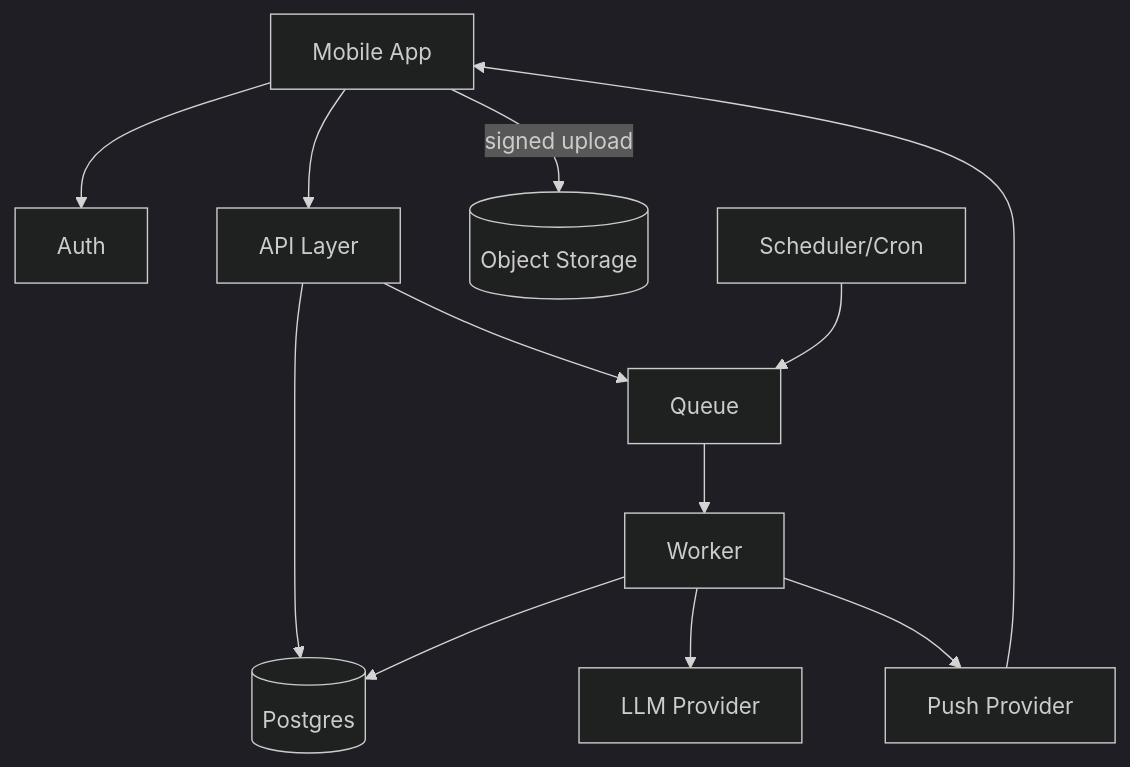
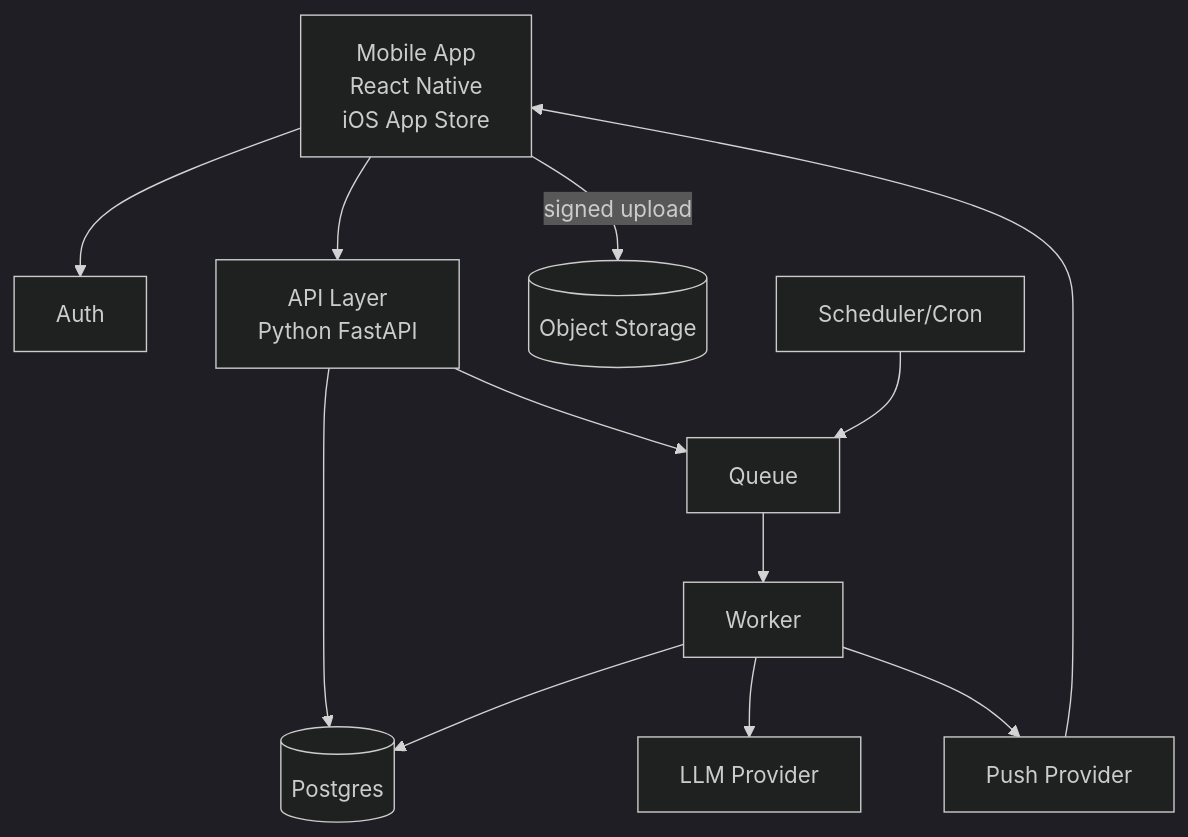
One commit to thejackluo/weaive changed the third of 3 diagrams in docs/idea/backend.md. Above: the diagram before and after it, drawn with Mermaid (dark theme). The commit also changed other lines of this file and 1 other file, not shown here.

````diff
--- a/docs/idea/backend.md
+++ b/docs/idea/backend.md
@@ -169,16 +603,16 @@
 ```mermaid
 flowchart TB
-  App[Mobile App] --> Auth[Auth]
-  App --> API[API Layer]
+  App[Mobile App<br/>React Native<br/>iOS App Store] --> Auth[Auth]
+  App --> API[API Layer<br/>Python FastAPI]
   API --> DB[(Postgres)]
   App -->|signed upload| Store[(Object Storage)]
   
   API --> Q[Queue]
   Scheduler[Scheduler/Cron] --> Q
   Q --> Worker[Worker]
   
   Worker --> DB
   Worker --> LLM[LLM Provider]
   Worker --> Push[Push Provider]
   Push --> App
 ```
````
